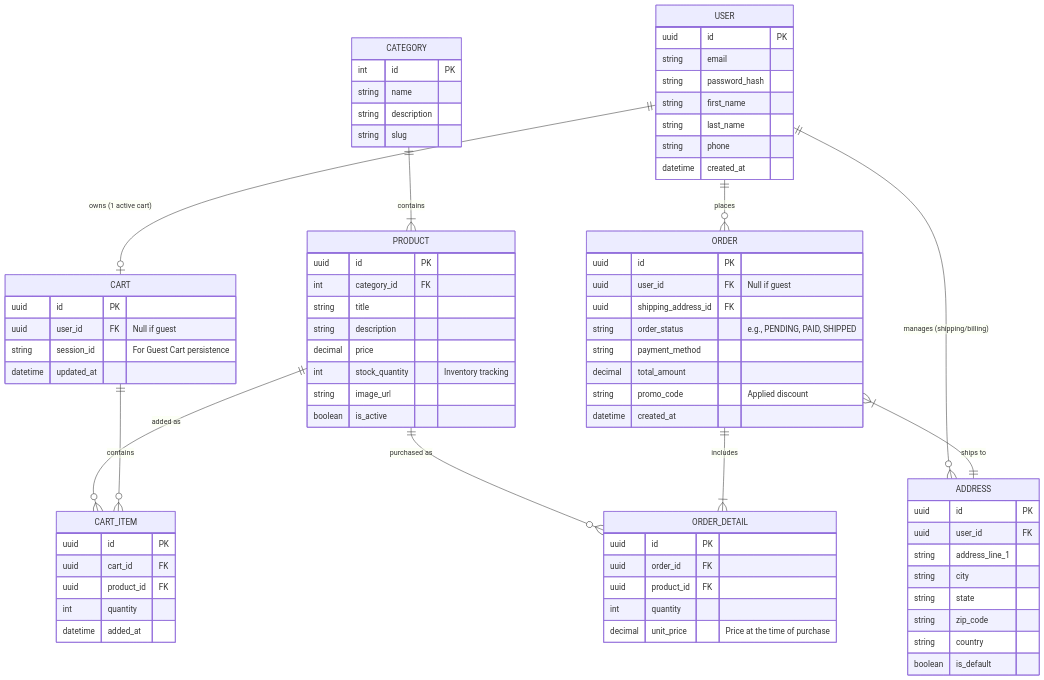
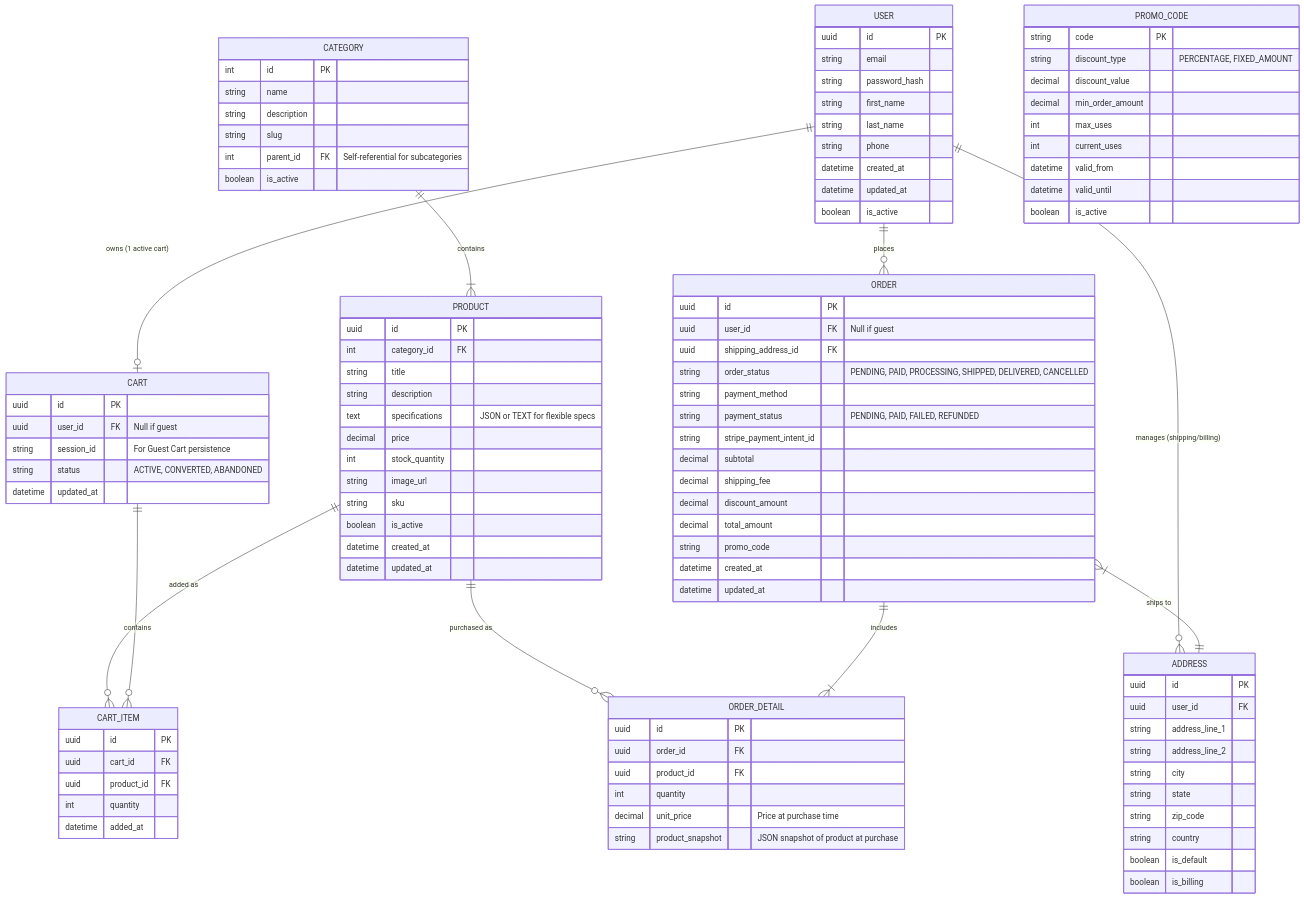
Before and after one commit to Haign12/LuxRoom: the diagram in docs/ba_portfolio/4_Data_Architecture.md, drawn with Mermaid. The commit also changed other lines of this file and 3 other files, not shown here.

````diff
--- a/docs/ba_portfolio/4_Data_Architecture.md
+++ b/docs/ba_portfolio/4_Data_Architecture.md
@@ -12,7 +15,7 @@
     USER ||--o{ ORDER : places
     USER ||--o{ ADDRESS : "manages (shipping/billing)"
     USER ||--o| CART : "owns (1 active cart)"
-    
+
     PRODUCT ||--o{ CART_ITEM : "added as"
     PRODUCT ||--o{ ORDER_DETAIL : "purchased as"
     CATEGORY ||--|{ PRODUCT : contains
@@ -24,23 +27,27 @@
     %% Entity Attributes Definition
     USER {
         uuid id PK
-        string email 
+        string email
         string password_hash
         string first_name
         string last_name
         string phone
         datetime created_at
+        datetime updated_at
+        boolean is_active
     }
 
     ADDRESS {
         uuid id PK
         uuid user_id FK
         string address_line_1
+        string address_line_2
         string city
         string state
         string zip_code
         string country
         boolean is_default
+        boolean is_billing
     }
 
     CATEGORY {
@@ -48,6 +55,8 @@
         string name
         string description
         string slug
+        int parent_id FK "Self-referential for subcategories"
+        boolean is_active
     }
 
     PRODUCT {
@@ -55,16 +64,21 @@
         int category_id FK
         string title
         string description
+        text specifications "JSON or TEXT for flexible specs"
         decimal price
-        int stock_quantity "Inventory tracking"
+        int stock_quantity
         string image_url
+        string sku
         boolean is_active
+        datetime created_at
+        datetime updated_at
     }
 
     CART {
         uuid id PK
         uuid user_id FK "Null if guest"
         string session_id "For Guest Cart persistence"
+        string status "ACTIVE, CONVERTED, ABANDONED"
         datetime updated_at
     }
 
@@ -80,11 +94,17 @@
         uuid id PK
         uuid user_id FK "Null if guest"
         uuid shipping_address_id FK
-        string order_status "e.g., PENDING, PAID, SHIPPED"
+        string order_status "PENDING, PAID, PROCESSING, SHIPPED, DELIVERED, CANCELLED"
         string payment_method
+        string payment_status "PENDING, PAID, FAILED, REFUNDED"
+        string stripe_payment_intent_id
+        decimal subtotal
+        decimal shipping_fee
+        decimal discount_amount
         decimal total_amount
-        string promo_code "Applied discount"
+        string promo_code
         datetime created_at
+        datetime updated_at
     }
 
     ORDER_DETAIL {
@@ -92,6 +112,19 @@
         uuid order_id FK
         uuid product_id FK
         int quantity
-        decimal unit_price "Price at the time of purchase"
+        decimal unit_price "Price at purchase time"
+        string product_snapshot "JSON snapshot of product at purchase"
+    }
+
+    PROMO_CODE {
+        string code PK
+        string discount_type "PERCENTAGE, FIXED_AMOUNT"
+        decimal discount_value
+        decimal min_order_amount
+        int max_uses
+        int current_uses
+        datetime valid_from
+        datetime valid_until
+        boolean is_active
     }
 ```
````
